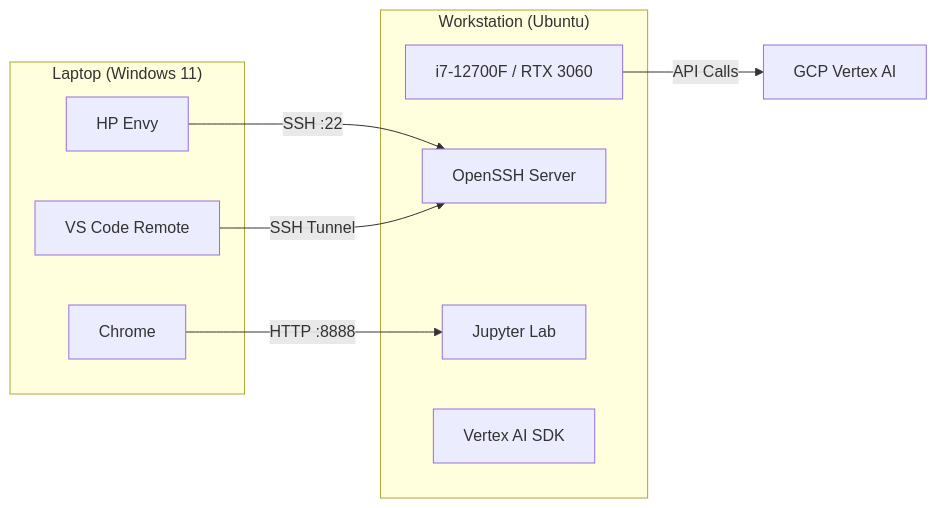
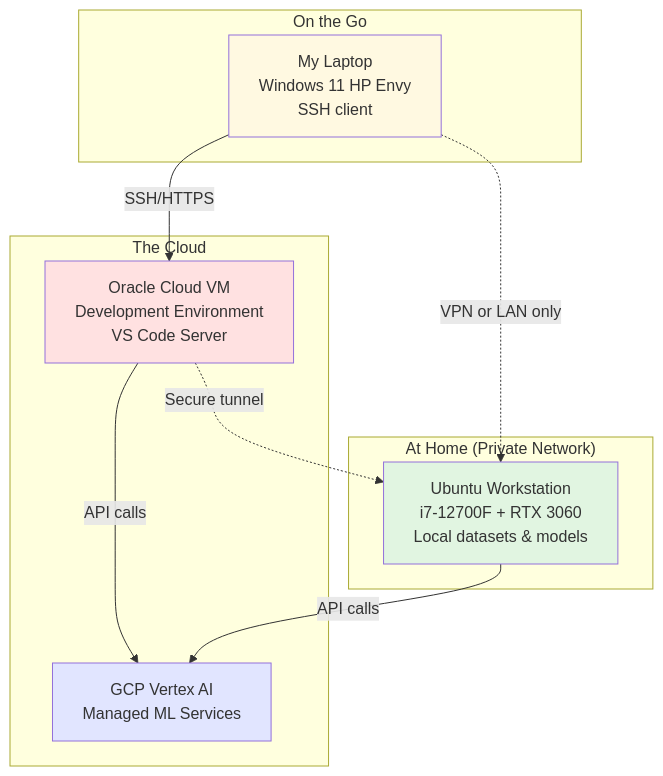
Before and after one commit to hilliersmmain/ubuntu-remote-ml-workstation: the diagram in docs/ARCHITECTURE.md, drawn with Mermaid. The commit also changed other lines of this file and 8 other files, not shown here.

````diff
--- a/docs/ARCHITECTURE.md
+++ b/docs/ARCHITECTURE.md
@@ -20,20 +65,26 @@
 ```mermaid
-graph LR
-    subgraph "Workstation (Ubuntu)"
-        Host[i7-12700F / RTX 3060]
-        SSHD[OpenSSH Server]
-        Jupyter[Jupyter Lab]
-        Vertex[Vertex AI SDK]
+graph TD
+    subgraph "At Home (Private Network)"
+        PC[Ubuntu Workstation<br/>i7-12700F + RTX 3060<br/>Local datasets & models]
     end
 
-    subgraph "Laptop (Windows 11)"
-        Client[HP Envy]
-        VSCode[VS Code Remote]
-        Browser[Chrome]
+    subgraph "The Cloud"
+        Oracle[Oracle Cloud VM<br/>Development Environment<br/>VS Code Server]
+        GCP[GCP Vertex AI<br/>Managed ML Services]
     end
 
-    Client -->|SSH :22| SSHD
-    VSCode -->|SSH Tunnel| SSHD
-    Browser -->|HTTP :8888| Jupyter
-    Host -->|API Calls| GCP[GCP Vertex AI]
+    subgraph "On the Go"
+        Laptop[My Laptop<br/>Windows 11 HP Envy<br/>SSH client]
+    end
+
+    Laptop -->|SSH/HTTPS| Oracle
+    Laptop -.->|VPN or LAN only| PC
+    Oracle -->|API calls| GCP
+    PC -->|API calls| GCP
+    Oracle -.->|Secure tunnel| PC
+
+    style PC fill:#e1f5e1
+    style Oracle fill:#ffe1e1
+    style GCP fill:#e1e5ff
+    style Laptop fill:#fff9e1
 ```
````
